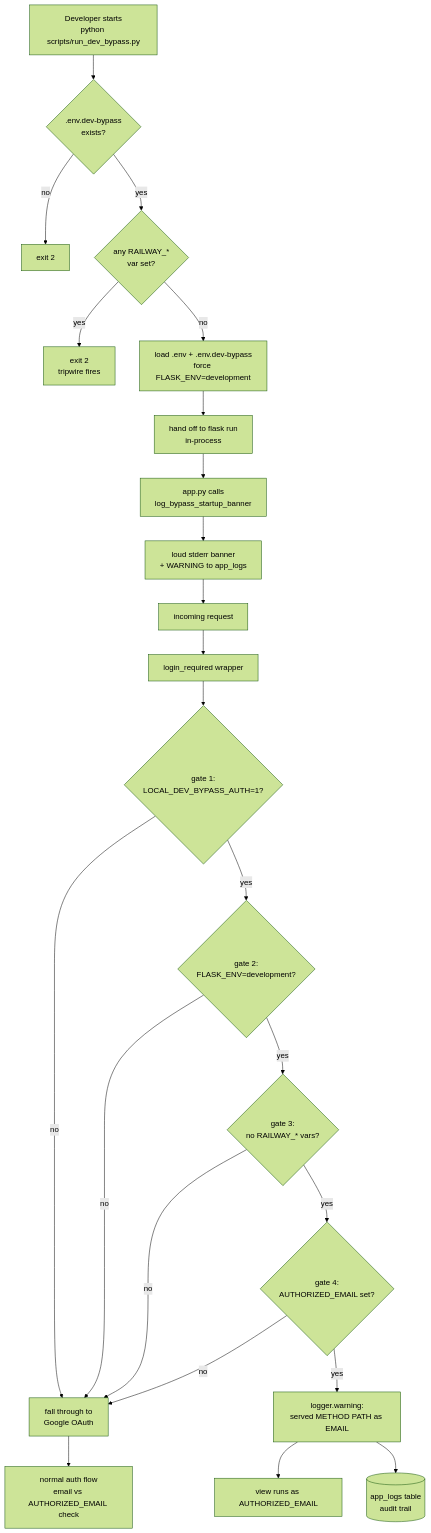
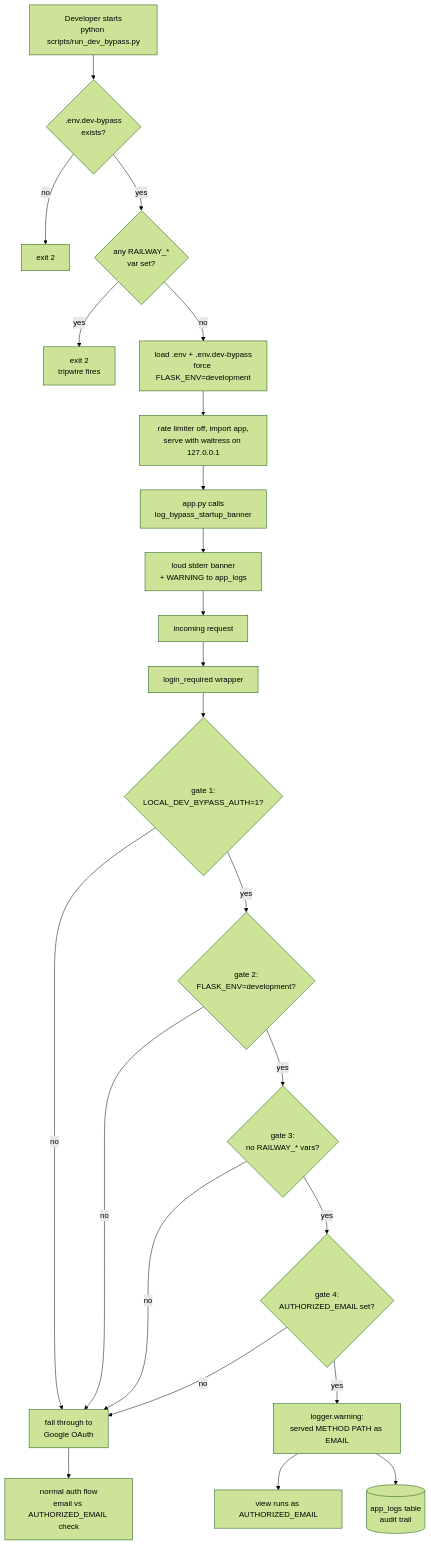
One commit to shigsdev/taskmanager changed the second of 2 diagrams in ARCHITECTURE.md. Above: the diagram before and after it, drawn with Mermaid (forest theme). The commit also changed other lines of this file and 10 other files, not shown here.

````diff
--- a/ARCHITECTURE.md
+++ b/ARCHITECTURE.md
@@ -1363,25 +1363,25 @@
 ```mermaid
 flowchart TD
     Dev[Developer starts<br/>python scripts/run_dev_bypass.py] --> S1{.env.dev-bypass<br/>exists?}
     S1 -->|no| X1[exit 2]
     S1 -->|yes| S2{any RAILWAY_*<br/>var set?}
     S2 -->|yes| X2[exit 2<br/>tripwire fires]
     S2 -->|no| S3[load .env + .env.dev-bypass<br/>force FLASK_ENV=development]
-    S3 --> S4[hand off to flask run<br/>in-process]
+    S3 --> S4[rate limiter off, import app,<br/>serve with waitress on 127.0.0.1]
     S4 --> S5[app.py calls<br/>log_bypass_startup_banner]
     S5 --> S6[loud stderr banner<br/>+ WARNING to app_logs]
     S6 --> Req[incoming request]
     Req --> LR[login_required wrapper]
     LR --> G1{gate 1:<br/>LOCAL_DEV_BYPASS_AUTH=1?}
     G1 -->|no| OAuth[fall through to<br/>Google OAuth]
     G1 -->|yes| G2{gate 2:<br/>FLASK_ENV=development?}
     G2 -->|no| OAuth
     G2 -->|yes| G3{gate 3:<br/>no RAILWAY_* vars?}
     G3 -->|no| OAuth
     G3 -->|yes| G4{gate 4:<br/>AUTHORIZED_EMAIL set?}
     G4 -->|no| OAuth
     G4 -->|yes| Log[logger.warning:<br/>served METHOD PATH as EMAIL]
     Log --> View[view runs as AUTHORIZED_EMAIL]
     Log --> DBLog[(app_logs table<br/>audit trail)]
     OAuth --> Normal[normal auth flow<br/>email vs AUTHORIZED_EMAIL check]
 ```
````
